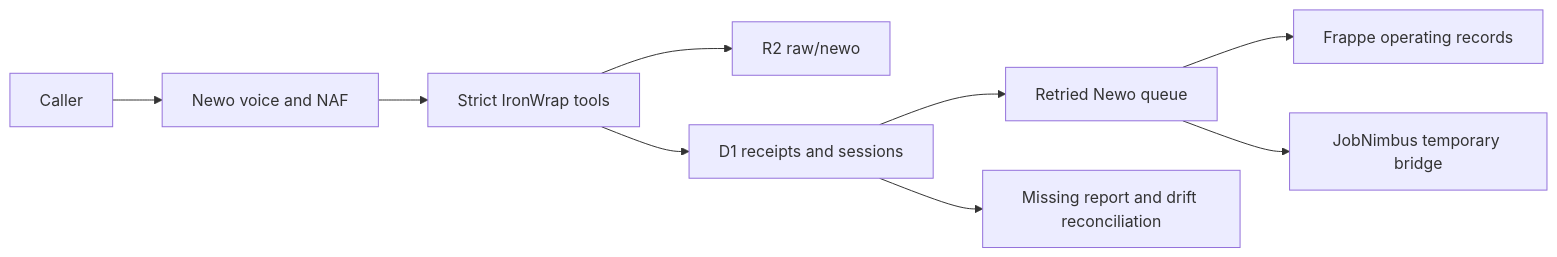
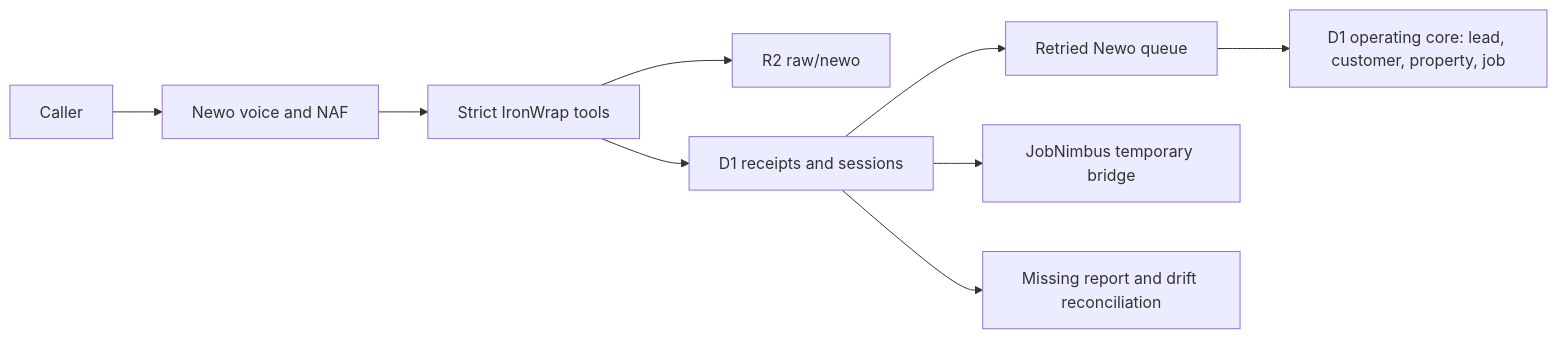
The diagram in docs/NEWO-INTEGRATION.md (Iron-Wrap/ironwrap-os), drawn with Mermaid before and after one commit. The commit also changed other lines of this file and 5 other files, not shown here.

````diff
--- a/docs/NEWO-INTEGRATION.md
+++ b/docs/NEWO-INTEGRATION.md
@@ -9,11 +9,11 @@
 ```mermaid
 flowchart LR
   Caller --> Newo["Newo voice and NAF"]
   Newo --> Tools["Strict IronWrap tools"]
   Tools --> R2["R2 raw/newo"]
   Tools --> D1["D1 receipts and sessions"]
   D1 --> Queue["Retried Newo queue"]
-  Queue --> Frappe["Frappe operating records"]
-  Queue --> JN["JobNimbus temporary bridge"]
+  Queue --> Core["D1 operating core: lead, customer, property, job"]
+  D1 --> JN["JobNimbus temporary bridge"]
   D1 --> Reconcile["Missing report and drift reconciliation"]
 ```
````
